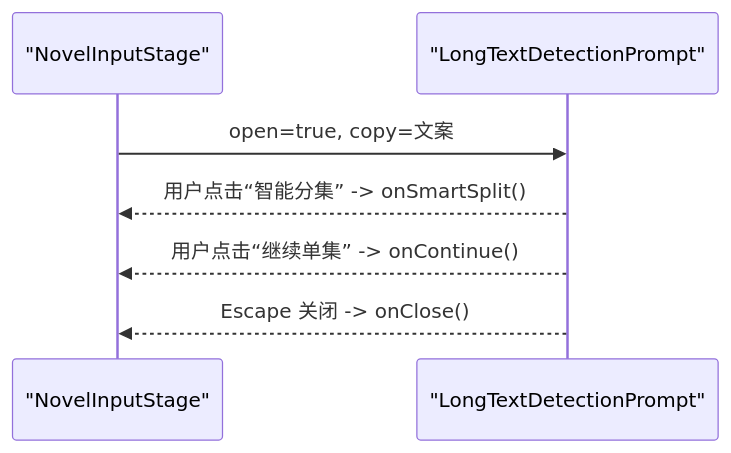
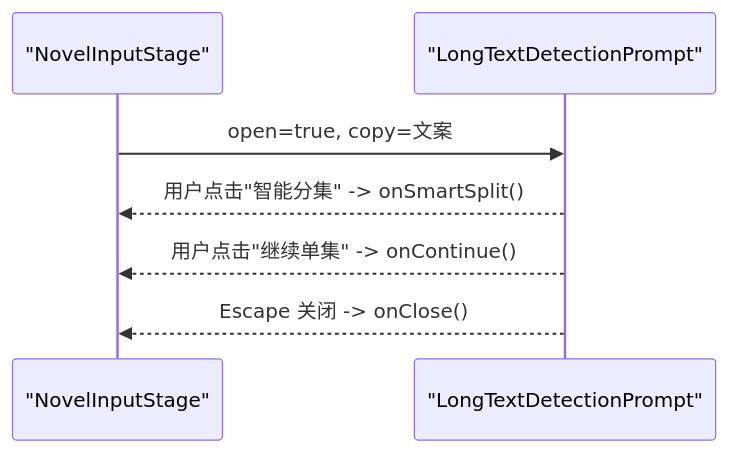
Before and after one commit to lyl2021/waoowaoo: the fourth of 6 diagrams in .qoder/repowiki/zh/content/前端组件架构/工作区组件/故事输入组件.md, drawn with Mermaid. The commit also changed other lines of this file and 15 other files, not shown here.

````diff
--- a/.qoder/repowiki/zh/content/前端组件架构/工作区组件/故事输入组件.md
+++ b/.qoder/repowiki/zh/content/前端组件架构/工作区组件/故事输入组件.md
@@ -189,9 +223,9 @@
 ```mermaid
 sequenceDiagram
 participant NIS as "NovelInputStage"
 participant LTDP as "LongTextDetectionPrompt"
 NIS->>LTDP : open=true, copy=文案
-LTDP-->>NIS : 用户点击“智能分集” -> onSmartSplit()
-LTDP-->>NIS : 用户点击“继续单集” -> onContinue()
+LTDP-->>NIS : 用户点击"智能分集" -> onSmartSplit()
+LTDP-->>NIS : 用户点击"继续单集" -> onContinue()
 LTDP-->>NIS : Escape 关闭 -> onClose()
 ```
````
